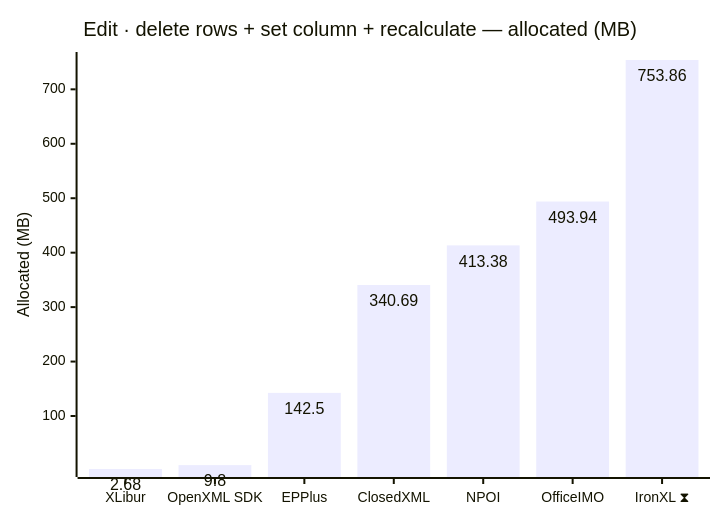
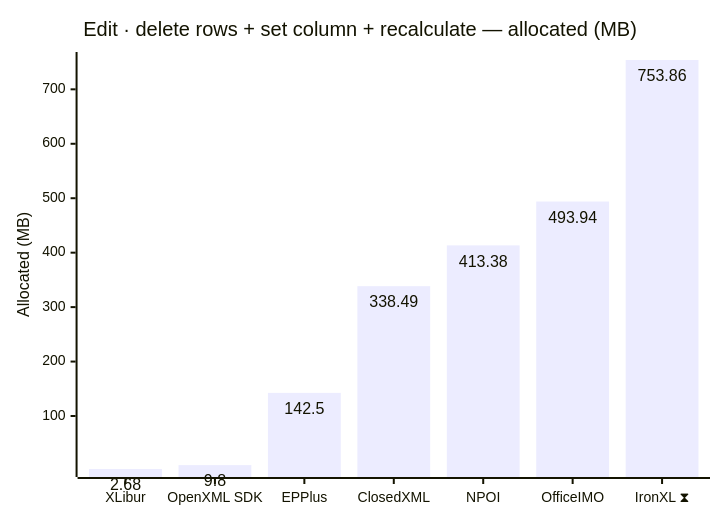
Diagram 12 of 18 in docs/results-ci.md (jafin/XLBench), drawn with Mermaid before and after one commit. The commit also changed other lines of this file, not shown here.

````diff
--- a/docs/results-ci.md
+++ b/docs/results-ci.md
@@ -186,12 +186,12 @@
 ```mermaid
 ---
 config:
   xyChart:
     showDataLabel: true
 ---
 xychart-beta
     title "Edit · delete rows + set column + recalculate — allocated (MB)"
     x-axis ["XLibur", "OpenXML SDK", "EPPlus", "ClosedXML", "NPOI", "OfficeIMO", "IronXL ⧗"]
     y-axis "Allocated (MB)"
-    bar [2.68, 9.8, 142.5, 340.69, 413.38, 493.94, 753.86]
+    bar [2.68, 9.8, 142.5, 338.49, 413.38, 493.94, 753.86]
 ```
````
